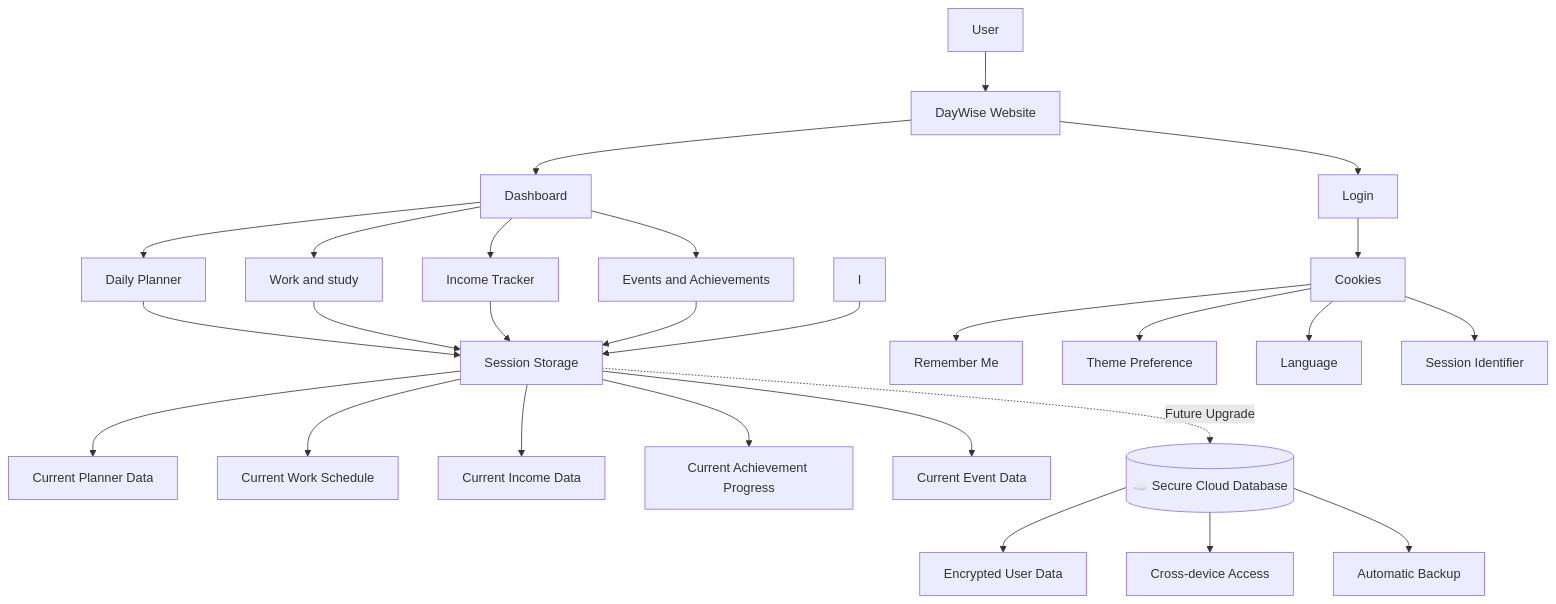
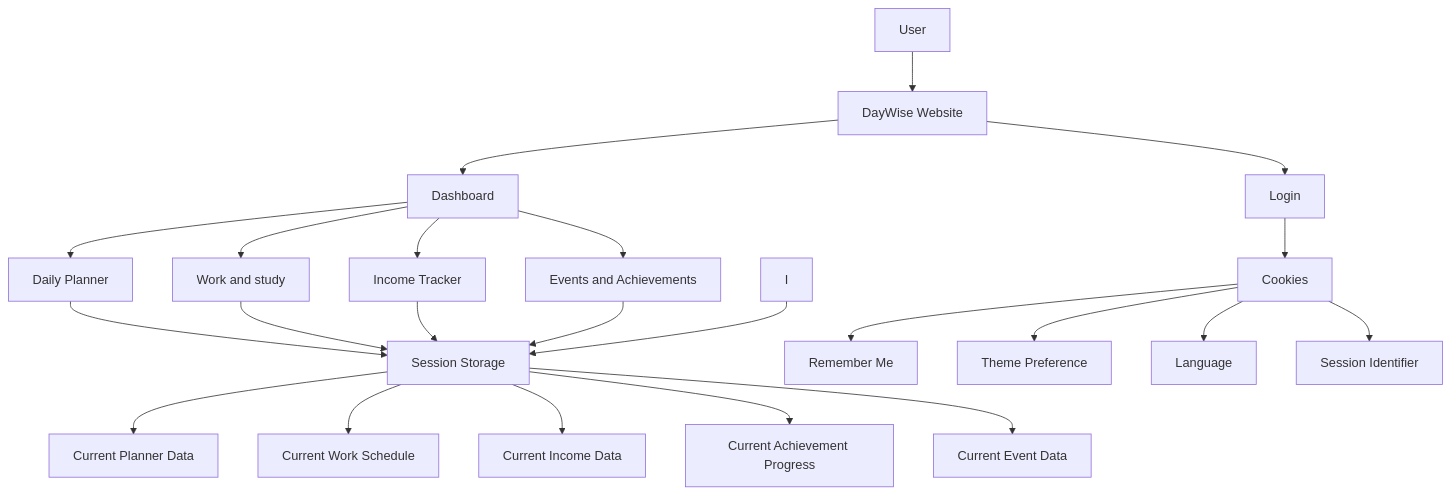
The diagram in README.md (prabash0810/Group-A-C.S.D), drawn with Mermaid before and after one commit.

Commit message:
Delete future upgrade details from README
Removed future upgrade section from README.

````diff
--- a/README.md
+++ b/README.md
@@ -3,41 +3,34 @@
 ```mermaid
 graph TD
 
     A[User] --> B[DayWise Website]
 
     B --> C[Login]
     B --> D[Dashboard]
 
     D --> E[Daily Planner]
     D --> F[Work and study]
     D --> G[Income Tracker]
     D --> H[Events and Achievements]
 
     %% Session Storage
     E --> J[Session Storage]
     F --> J
     G --> J
     H --> J
     I --> J
 
     J --> J1[Current Planner Data]
     J --> J2[Current Work Schedule]
     J --> J3[Current Income Data]
     J --> J4[Current Achievement Progress]
     J --> J5[Current Event Data]
 
     %% Cookies
     C --> K[Cookies]
 
     K --> K1[Remember Me]
     K --> K2[Theme Preference]
     K --> K3[Language]
     K --> K4[Session Identifier]
-
-    %% Future Upgrade
-    J -. Future Upgrade .-> L[(☁️ Secure Cloud Database)]
-
-    L --> M[Encrypted User Data]
-    L --> N[Cross-device Access]
-    L --> O[Automatic Backup]
 ```
````
